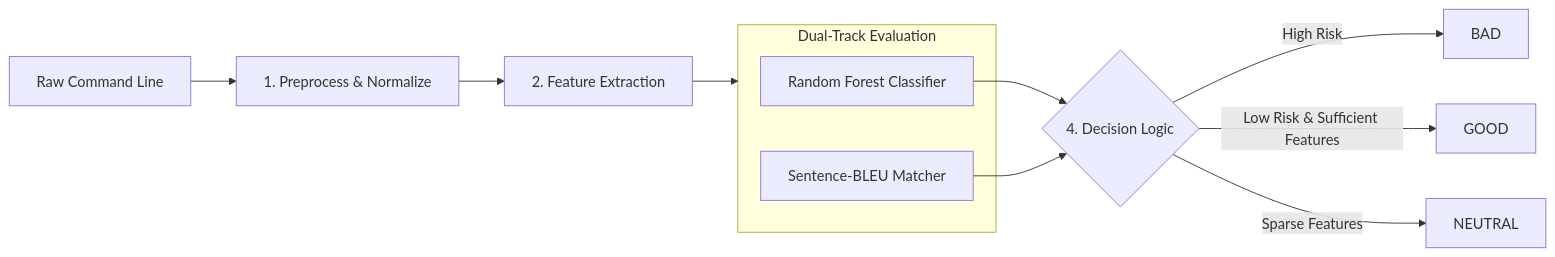
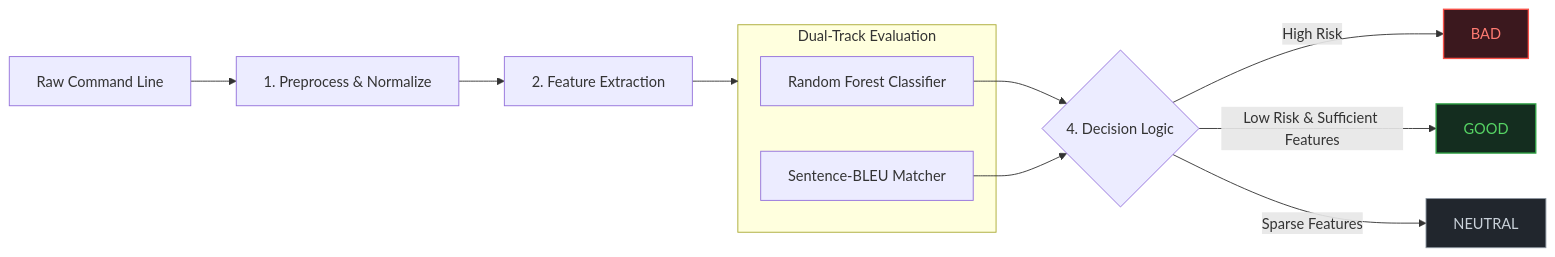
Before and after one commit to windkma/LotLDetection: the diagram in README.md, drawn with Mermaid. The commit also changed other lines of this file and 21 other files, not shown here.

````diff
--- a/README.md
+++ b/README.md
@@ -27,16 +27,27 @@
 ```mermaid
 flowchart LR
     A["Raw Command Line"] --> B["1. Preprocess & Normalize"]
     B --> C["2. Feature Extraction"]
-    C --> D["3. Dual-Track Inference"]
     
-    subgraph D["Dual-Track Evaluation"]
+    subgraph D ["Dual-Track Evaluation"]
         D1["Random Forest Classifier"]
         D2["Sentence-BLEU Matcher"]
     end
     
-    D1 & D2 --> E{"4. Decision Logic"}
+    C --> D
+    D1 --> E{"4. Decision Logic"}
+    D2 --> E
+    
     E -->|"High Risk"| F["BAD"]
     E -->|"Low Risk & Sufficient Features"| G["GOOD"]
     E -->|"Sparse Features"| H["NEUTRAL"]
+
+    %% Semantic Styling
+    classDef bad fill:#3b181e,stroke:#f85149,stroke-width:1.5px,color:#ff7b72;
+    classDef good fill:#142d1f,stroke:#2ea043,stroke-width:1.5px,color:#56d364;
+    classDef neutral fill:#21262d,stroke:#8b949e,stroke-width:1px,color:#c9d1d9;
+
+    class F bad;
+    class G good;
+    class H neutral;
 ```
````
